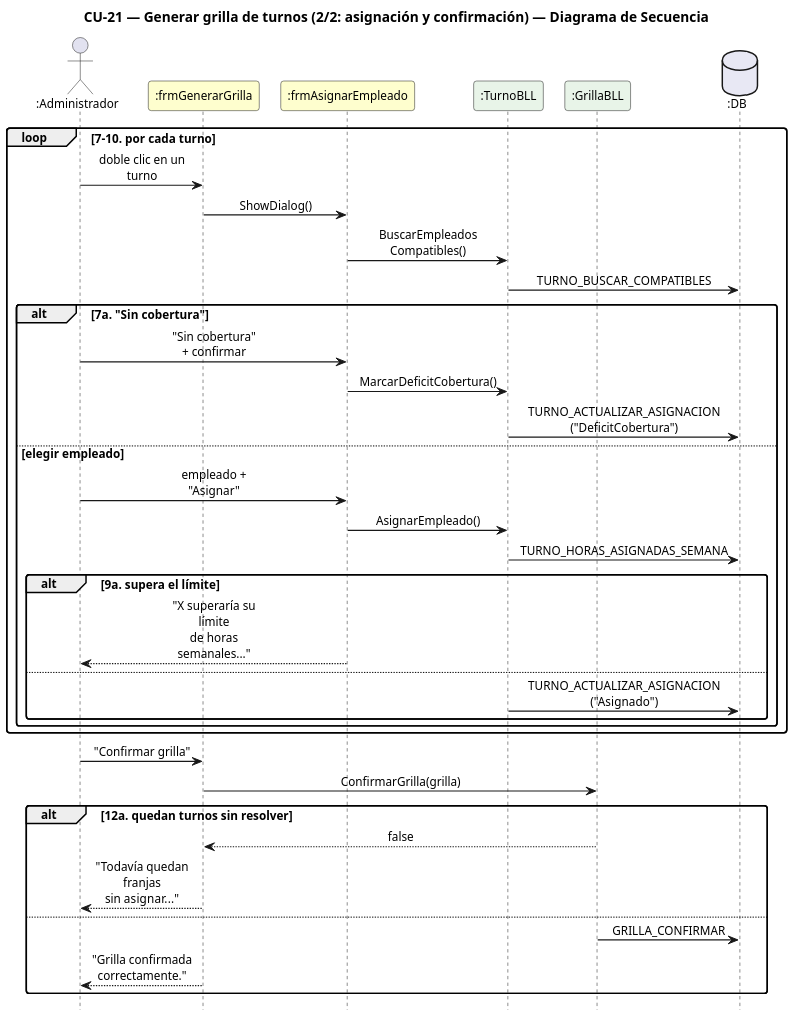
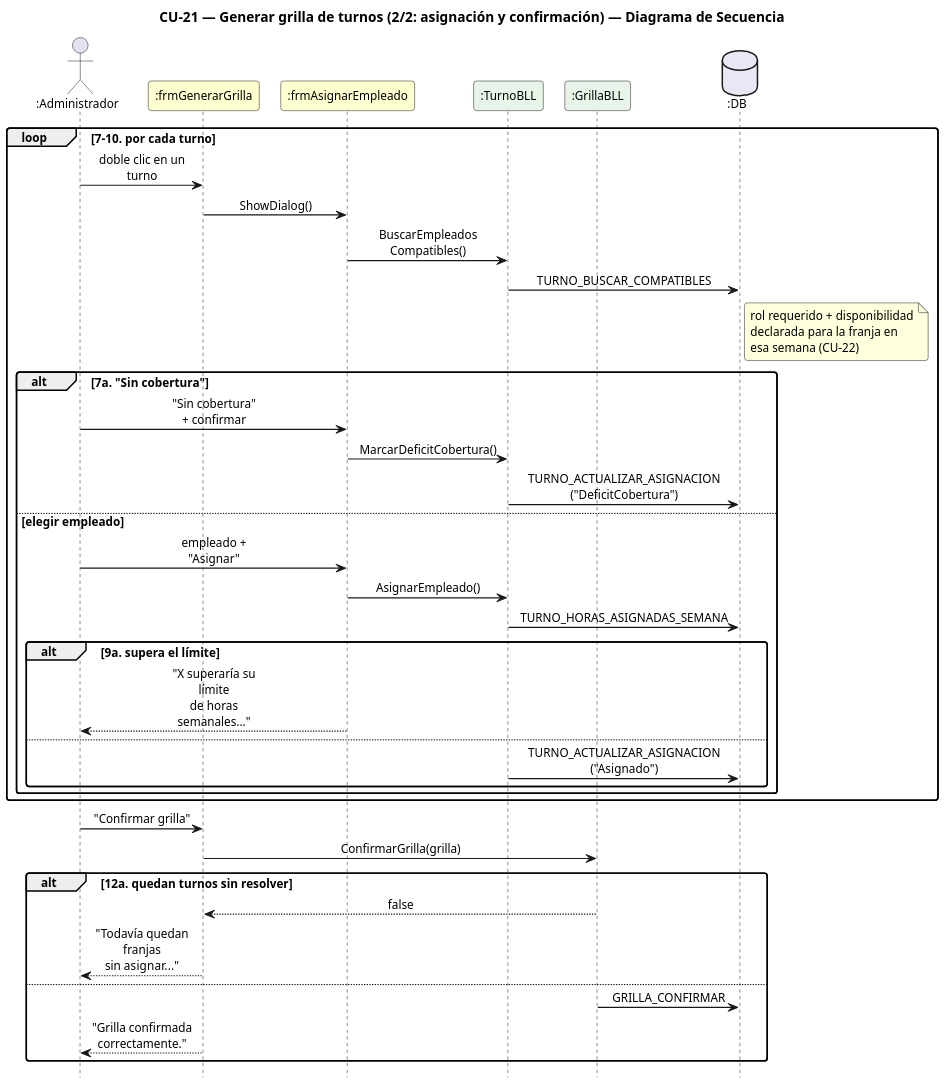
The diagram in DIAGRAMAS/DiagramaSecuencia_CU21b_GenerarGrilla_Asignacion.puml (Urrels/ingenieria_software), drawn with PlantUML before and after one commit. The commit also changed 18 other files, not shown here.

```diff
--- a/DIAGRAMAS/DiagramaSecuencia_CU21b_GenerarGrilla_Asignacion.puml
+++ b/DIAGRAMAS/DiagramaSecuencia_CU21b_GenerarGrilla_Asignacion.puml
@@ -1,53 +1,54 @@
 @startuml DiagramaSecuencia_CU21b_GenerarGrilla_Asignacion
 
 title CU-21 — Generar grilla de turnos (2/2: asignación y confirmación) — Diagrama de Secuencia
 
 skinparam shadowing false
 skinparam roundcorner 6
 skinparam sequenceArrowThickness 1.2
 skinparam ParticipantPadding 6
 skinparam BoxPadding 4
 skinparam maxMessageSize 115
 skinparam sequenceMessageAlign center
 skinparam defaultFontSize 12
 skinparam dpi 140
 hide footbox
 
 actor ":Administrador" as A
 participant ":frmGenerarGrilla" as F #FEFECE
 participant ":frmAsignarEmpleado" as AE #FEFECE
 participant ":TurnoBLL" as T #E8F4E8
 participant ":GrillaBLL" as G #E8F4E8
 database ":DB" as DB #E8E8F4
 
 loop 7–10. por cada turno
   A -> F : doble clic en un turno
   F -> AE : ShowDialog()
   AE -> T : BuscarEmpleados\nCompatibles()
   T -> DB : TURNO_BUSCAR_COMPATIBLES
+  note right of DB : rol requerido + disponibilidad\ndeclarada para la franja en\nesa semana (CU-22)
   alt 7a. "Sin cobertura"
     A -> AE : "Sin cobertura"\n+ confirmar
     AE -> T : MarcarDeficitCobertura()
     T -> DB : TURNO_ACTUALIZAR_ASIGNACION\n("DeficitCobertura")
   else elegir empleado
     A -> AE : empleado + "Asignar"
     AE -> T : AsignarEmpleado()
     T -> DB : TURNO_HORAS_ASIGNADAS_SEMANA
     alt 9a. supera el límite
       AE --> A : "X superaría su límite\nde horas semanales..."
     else
       T -> DB : TURNO_ACTUALIZAR_ASIGNACION\n("Asignado")
     end
   end
 end
 A -> F : "Confirmar grilla"
 F -> G : ConfirmarGrilla(grilla)
 alt 12a. quedan turnos sin resolver
   G --> F : false
   F --> A : "Todavía quedan franjas\nsin asignar..."
 else
   G -> DB : GRILLA_CONFIRMAR
   F --> A : "Grilla confirmada\ncorrectamente."
 end
 
 @enduml
```
